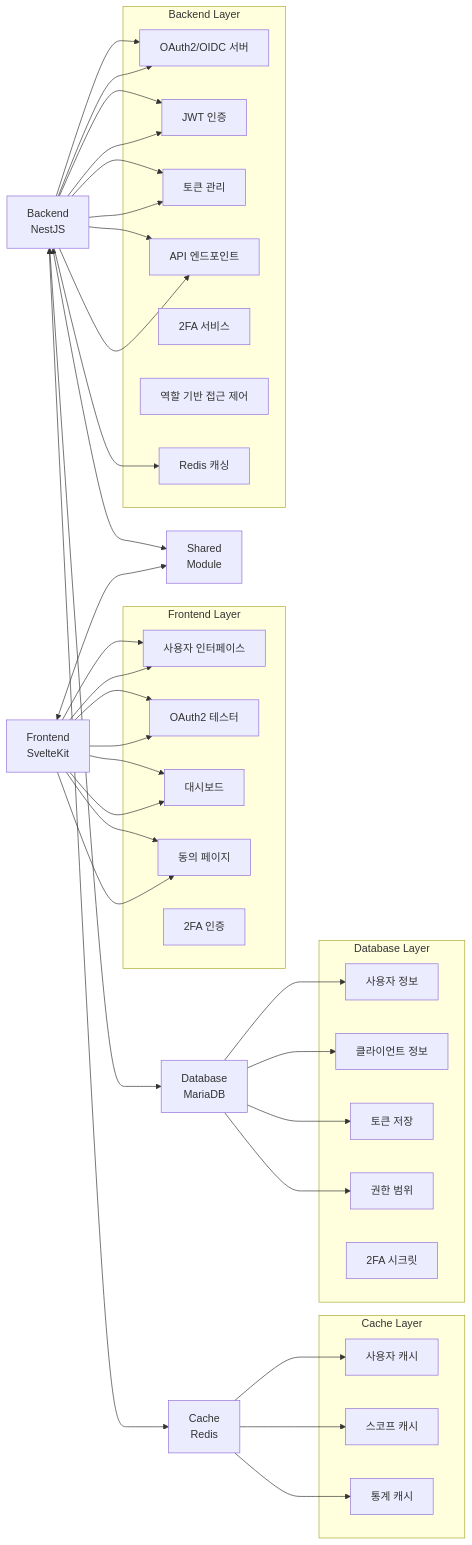
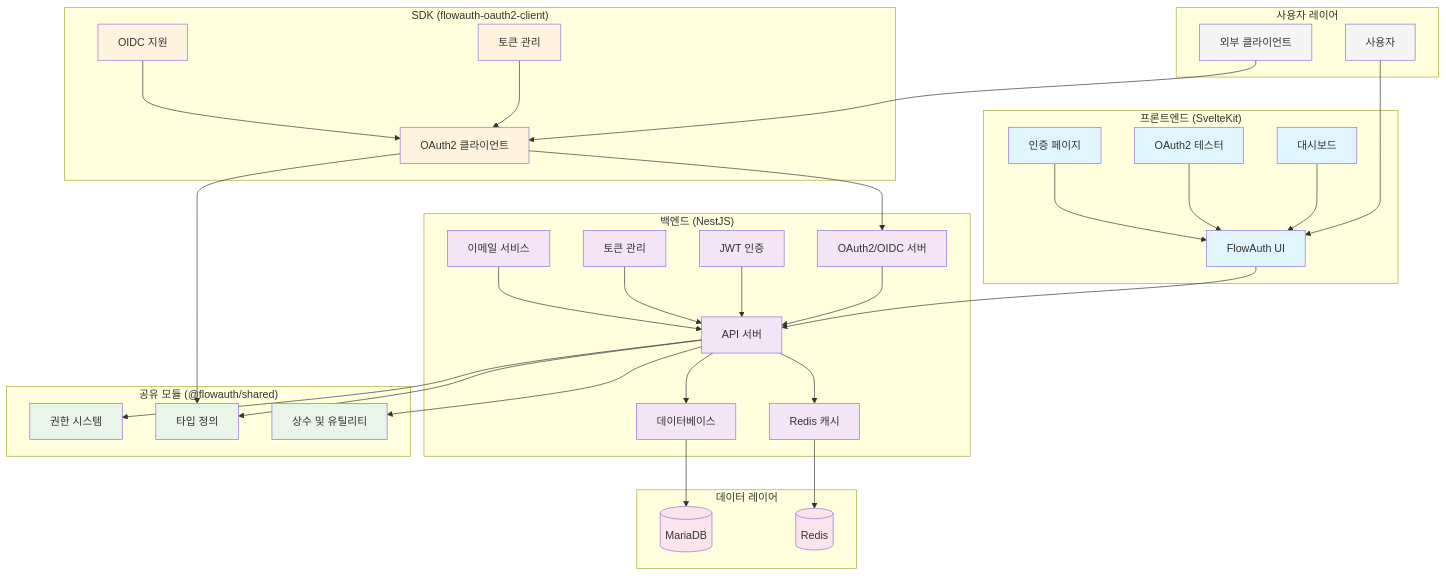
The diagram in README.md (vientofactory/FlowAuth), drawn with Mermaid before and after one commit. The commit also changed other lines of this file, not shown here.

Commit message:
Update architecture diagram and enhance module descriptions in README

````diff
--- a/README.md
+++ b/README.md
@@ -33,75 +33,87 @@
 ```mermaid
-flowchart LR
-   FE[Frontend<br/>SvelteKit]
-   BE[Backend<br/>NestJS]
-   SHARED[Shared<br/>Module]
-   DB[Database<br/>MariaDB]
-   REDIS[Cache<br/>Redis]
+graph TB
+    %% 사용자 레이어
+    subgraph "사용자 레이어"
+        U[사용자]
+        C[외부 클라이언트]
+    end
 
-   FE <--> SHARED
-   BE <--> SHARED
-   BE <--> DB
-   BE <--> REDIS
+    %% 프론트엔드 레이어
+    subgraph "프론트엔드 (SvelteKit)"
+        FE[FlowAuth UI]
+        FE_DASH[대시보드]
+        FE_TEST[OAuth2 테스터]
+        FE_AUTH[인증 페이지]
+    end
 
-   subgraph "Frontend Layer"
-      FE_UI[사용자 인터페이스]
-      FE_Tester[OAuth2 테스터]
-      FE_Dashboard[대시보드]
-      FE_Consent[동의 페이지]
-      FE_2FA[2FA 인증]
-   end
+    %% 백엔드 레이어
+    subgraph "백엔드 (NestJS)"
+        BE[API 서버]
+        BE_OAUTH[OAuth2/OIDC 서버]
+        BE_AUTH[JWT 인증]
+        BE_TOKEN[토큰 관리]
+        BE_CACHE[Redis 캐시]
+        BE_EMAIL[이메일 서비스]
+        BE_DB[데이터베이스]
+    end
 
-   subgraph "Backend Layer"
-      BE_OAuth2[OAuth2/OIDC 서버]
-      BE_JWT[JWT 인증]
-      BE_Token[토큰 관리]
-      BE_API[API 엔드포인트]
-      BE_2FA[2FA 서비스]
-      BE_RBAC[역할 기반 접근 제어]
-      BE_Cache[Redis 캐싱]
-   end
+    %% 공유 모듈
+    subgraph "공유 모듈 (@flowauth/shared)"
+        SHARED_PERM[권한 시스템]
+        SHARED_TYPES[타입 정의]
+        SHARED_CONST[상수 및 유틸리티]
+    end
 
-   subgraph "Database Layer"
-      DB_User[사용자 정보]
-      DB_Client[클라이언트 정보]
-      DB_Token[토큰 저장]
-      DB_Scope[권한 범위]
-      DB_2FA[2FA 시크릿]
-   end
+    %% SDK
+    subgraph "SDK (flowauth-oauth2-client)"
+        SDK_CLIENT[OAuth2 클라이언트]
+        SDK_TOKEN[토큰 관리]
+        SDK_OIDC[OIDC 지원]
+    end
 
-   FE --> FE_UI
-   FE --> FE_Tester
-   FE --> FE_Dashboard
-   FE --> FE_Consent
+    %% 데이터 레이어
+    subgraph "데이터 레이어"
+        DB[(MariaDB)]
+        REDIS[(Redis)]
+    end
 
-   BE --> BE_OAuth2
-   BE --> BE_JWT
-   BE --> BE_Token
-   BE --> BE_API
+    %% 연결
+    U --> FE
+    C --> SDK_CLIENT
+    FE --> BE
+    SDK_CLIENT --> BE_OAUTH
+    BE --> SHARED_PERM
+    BE --> SHARED_TYPES
+    BE --> SHARED_CONST
+    SDK_CLIENT --> SHARED_TYPES
+    BE --> BE_DB
+    BE --> BE_CACHE
+    BE_DB --> DB
+    BE_CACHE --> REDIS
 
-   subgraph "Cache Layer"
-      CACHE_User[사용자 캐시]
-      CACHE_Scope[스코프 캐시]
-      CACHE_Stats[통계 캐시]
-   end
+    %% 내부 연결
+    FE_DASH --> FE
+    FE_TEST --> FE
+    FE_AUTH --> FE
+    BE_OAUTH --> BE
+    BE_AUTH --> BE
+    BE_TOKEN --> BE
+    BE_EMAIL --> BE
+    SDK_TOKEN --> SDK_CLIENT
+    SDK_OIDC --> SDK_CLIENT
 
-   FE --> FE_UI
-   FE --> FE_Tester
-   FE --> FE_Dashboard
-   FE --> FE_Consent
+    %% 스타일
+    classDef frontend fill:#e1f5fe
+    classDef backend fill:#f3e5f5
+    classDef shared fill:#e8f5e8
+    classDef sdk fill:#fff3e0
+    classDef data fill:#fce4ec
+    classDef user fill:#f5f5f5
 
-   BE --> BE_OAuth2
-   BE --> BE_JWT
-   BE --> BE_Token
-   BE --> BE_API
-   BE --> BE_Cache
-
-   DB --> DB_User
-   DB --> DB_Client
-   DB --> DB_Token
-   DB --> DB_Scope
-
-   REDIS --> CACHE_User
-   REDIS --> CACHE_Scope
-   REDIS --> CACHE_Stats
+    class FE,FE_DASH,FE_TEST,FE_AUTH frontend
+    class BE,BE_OAUTH,BE_AUTH,BE_TOKEN,BE_CACHE,BE_EMAIL,BE_DB backend
+    class SHARED_PERM,SHARED_TYPES,SHARED_CONST shared
+    class SDK_CLIENT,SDK_TOKEN,SDK_OIDC sdk
+    class DB,REDIS data
+    class U,C user
 ```
````
